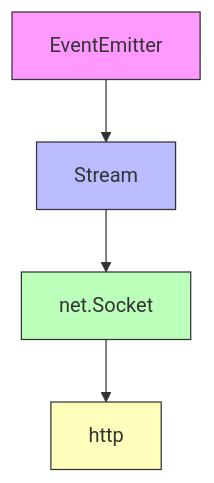
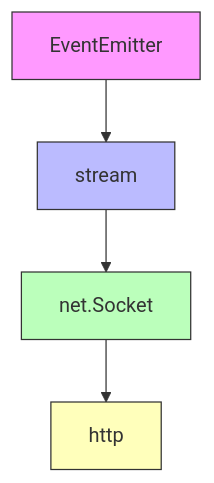
One commit to samuel871211/yusheng-tech-blog changed the first of 2 diagrams in docs/nodejs/events.md. Above: the diagram before and after it, drawn with Mermaid. The commit also changed other lines of this file and 1 other file, not shown here.

Commit message:
event stream ing

````diff
--- a/docs/nodejs/events.md
+++ b/docs/nodejs/events.md
@@ -80,11 +80,11 @@
 ```mermaid
 flowchart TD
-    A[EventEmitter] --> B[Stream]
+    A[EventEmitter] --> B[stream]
     B --> C[net.Socket]
     C --> D[http]
 
     style A fill:#f9f,stroke:#333
     style B fill:#bbf,stroke:#333
     style C fill:#bfb,stroke:#333
     style D fill:#ffb,stroke:#333
 ```
````
